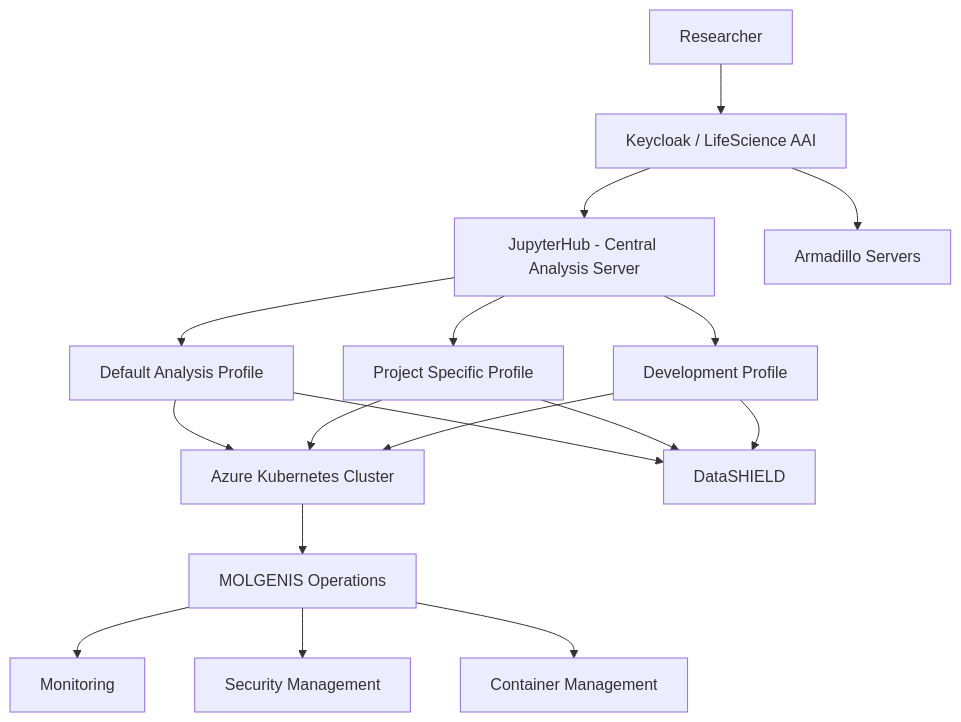
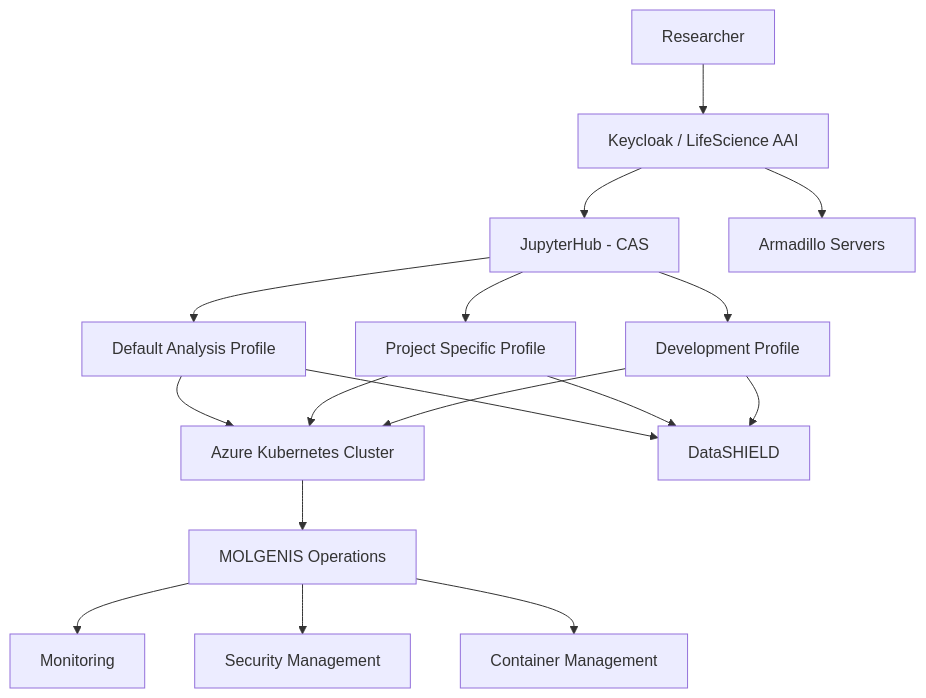
The diagram in docs/pages/cas.md (molgenis/molgenis-service-armadillo), drawn with Mermaid before and after one commit.

Commit message:
docs: cas infrastructure

````diff
--- a/docs/pages/cas.md
+++ b/docs/pages/cas.md
@@ -22,28 +22,28 @@
 ```mermaid
 flowchart TD
 
     User[Researcher]
 
     User --> Auth[Keycloak / LifeScience AAI]
 
-    Auth --> JH[JupyterHub - Central Analysis Server]
+    Auth --> JH[JupyterHub - CAS]
 
     JH --> P1[Default Analysis Profile]
     JH --> P2[Project Specific Profile]
     JH --> P3[Development Profile]
 
     P1 --> K8S[Azure Kubernetes Cluster]
     P2 --> K8S
     P3 --> K8S
 
     P1 --> DS[DataSHIELD]
     P2 --> DS
     P3 --> DS
 
     Auth --> ARM[Armadillo Servers]
 
     K8S --> Ops[MOLGENIS Operations]
     Ops --> Mon[Monitoring]
     Ops --> Sec[Security Management]
     Ops --> Img[Container Management]
 ```
````
